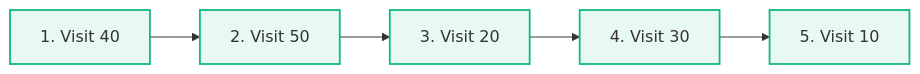
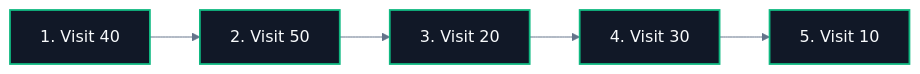
The fourth of 5 diagrams in CS/DSA/07. Trees & BSTs/02. Binary Tree Traversals.md (abhinavbharti2345/CS_Notes), drawn with Mermaid before and after one commit. The commit also changed other lines of this file and 195 other files, not shown here.

````diff
--- a/CS/DSA/07. Trees & BSTs/02. Binary Tree Traversals.md
+++ b/CS/DSA/07. Trees & BSTs/02. Binary Tree Traversals.md
@@ -399,7 +402,8 @@
 ```mermaid
+%%{init: {'theme': 'base', 'themeVariables': { 'darkMode': true, 'background': '#0B0F14', 'mainBkg': '#111827', 'primaryColor': '#111827', 'primaryTextColor': '#F8FAFC', 'primaryBorderColor': '#38BDF8', 'lineColor': '#64748B', 'secondaryColor': '#0B0F14', 'tertiaryColor': '#0B0F14', 'clusterBkg': '#0B0F14', 'clusterBorder': '#38BDF8' }}}%%
 flowchart LR
     Po1["1. Visit 40"] --> Po2["2. Visit 50"] --> Po3["3. Visit 20"] --> Po4["4. Visit 30"] --> Po5["5. Visit 10"]
 
-    classDef seq fill:#10b98118,stroke:#10b981,stroke-width:1.8px;
+    classDef seq fill:#111827,stroke:#10b981,stroke-width:1.8px,color:#F8FAFC;
     class Po1,Po2,Po3,Po4,Po5 seq;
 ```
````
